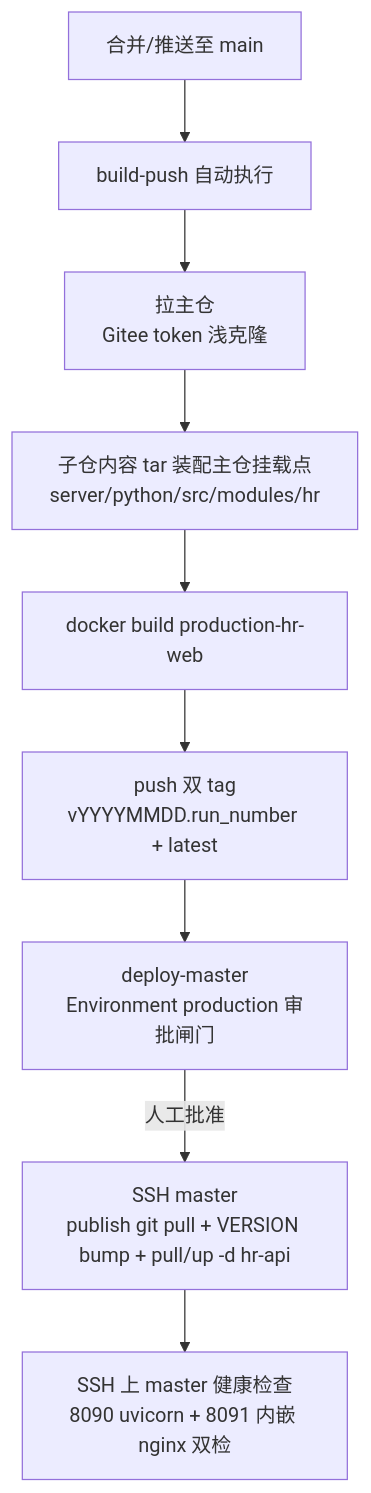
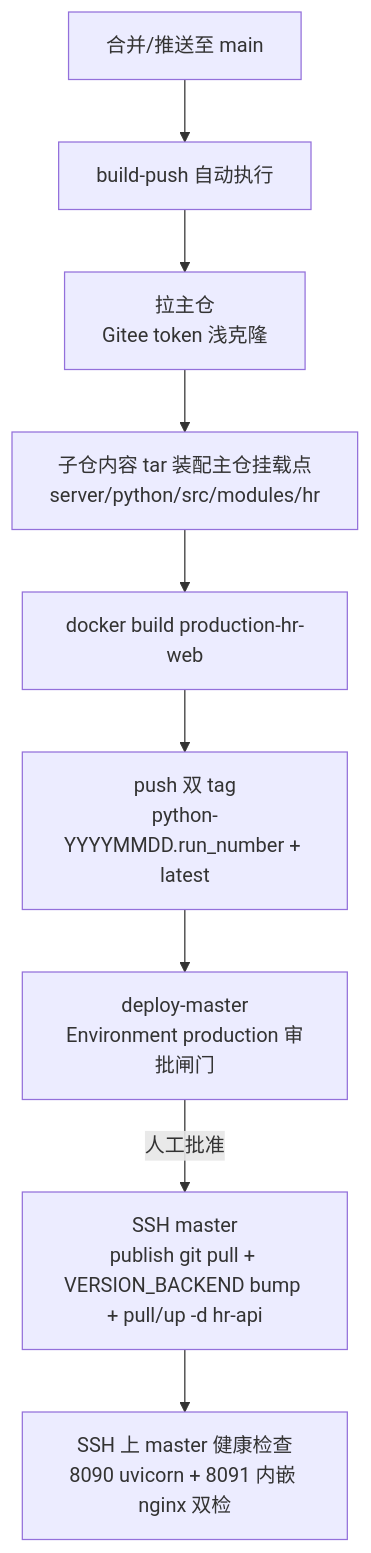
One commit to KentTain/kcloudy.hr changed the diagram in README.md. Above: the diagram before and after it, drawn with Mermaid. The commit also changed other lines of this file and 1 other file, not shown here.

First line of the commit message:
ci(release): 镜像改名 ai-backend-api-hr，tag 改 python- 前缀、Release 保持 v 格式

````diff
--- a/README.md
+++ b/README.md
@@ -152,11 +152,11 @@
 ```mermaid
 flowchart TD
     A[合并/推送至 main] --> B[build-push 自动执行]
     B --> B1[拉主仓<br/>Gitee token 浅克隆]
     B1 --> B2[子仓内容 tar 装配主仓挂载点<br/>server/python/src/modules/hr]
     B2 --> B3[docker build production-hr-web]
-    B3 --> B4[push 双 tag<br/>vYYYYMMDD.run_number + latest]
+    B3 --> B4[push 双 tag<br/>python-YYYYMMDD.run_number + latest]
     B4 --> C[deploy-master<br/>Environment production 审批闸门]
-    C -->|人工批准| D[SSH master<br/>publish git pull + VERSION bump + pull/up -d hr-api]
+    C -->|人工批准| D[SSH master<br/>publish git pull + VERSION_BACKEND bump + pull/up -d hr-api]
     D --> E[SSH 上 master 健康检查<br/>8090 uvicorn + 8091 内嵌 nginx 双检]
 ```
````
